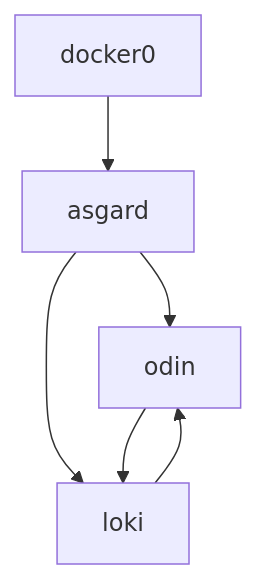
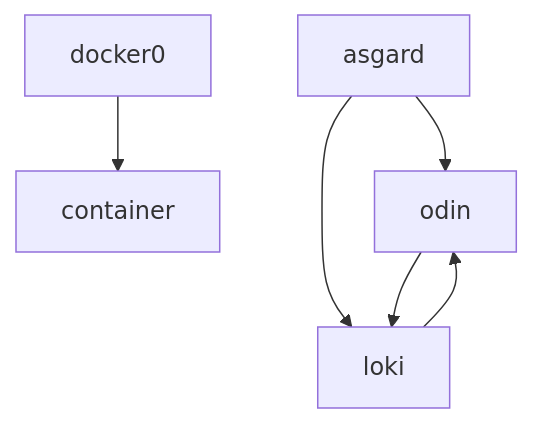
Before and after one commit to spawnmarvel/learning-docker: the third of 5 diagrams in 1-getting-started-guide/README-3-docker-network.md, drawn with Mermaid.

Commit message:
network chuck

````diff
--- a/1-getting-started-guide/README-3-docker-network.md
+++ b/1-getting-started-guide/README-3-docker-network.md
@@ -278,9 +278,9 @@
 ```mermaid
 graph TD;
-    docker0-->asgard;
+    docker0-->container;
     asgard-->odin;
     asgard-->loki;
     odin-->loki
     loki-->odin
     
 ```
````
